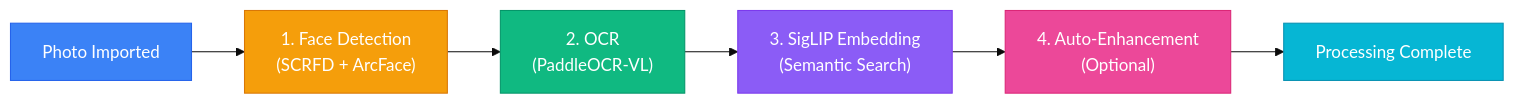
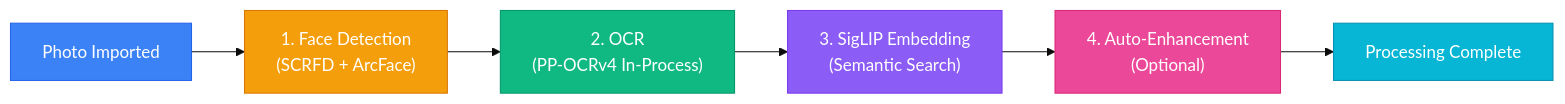
Before and after one commit to VardhmanSurana/Prism: the fifth of 6 diagrams in docs/ARCHITECTURE.md, drawn with Mermaid (base theme). The commit also changed other lines of this file and 17 other files, not shown here.

````diff
--- a/docs/ARCHITECTURE.md
+++ b/docs/ARCHITECTURE.md
@@ -169,15 +169,15 @@
 ```mermaid
 flowchart LR
     Import["Photo Imported"] --> Face["1. Face Detection<br/>(SCRFD + ArcFace)"]
-    Face --> OCR["2. OCR<br/>(PaddleOCR-VL)"]
+    Face --> OCR["2. OCR<br/>(PP-OCRv4 In-Process)"]
     OCR --> SigLIP["3. SigLIP Embedding<br/>(Semantic Search)"]
     SigLIP --> AutoEnhance["4. Auto-Enhancement<br/>(Optional)"]
     AutoEnhance --> Complete["Processing Complete"]
 
     style Import fill:#3b82f6,stroke:#2563eb,color:#fff
     style Face fill:#f59e0b,stroke:#d97706,color:#fff
     style OCR fill:#10b981,stroke:#059669,color:#fff
     style SigLIP fill:#8b5cf6,stroke:#7c3aed,color:#fff
     style AutoEnhance fill:#ec4899,stroke:#db2777,color:#fff
     style Complete fill:#06b6d4,stroke:#0891b2,color:#fff
 ```
````
